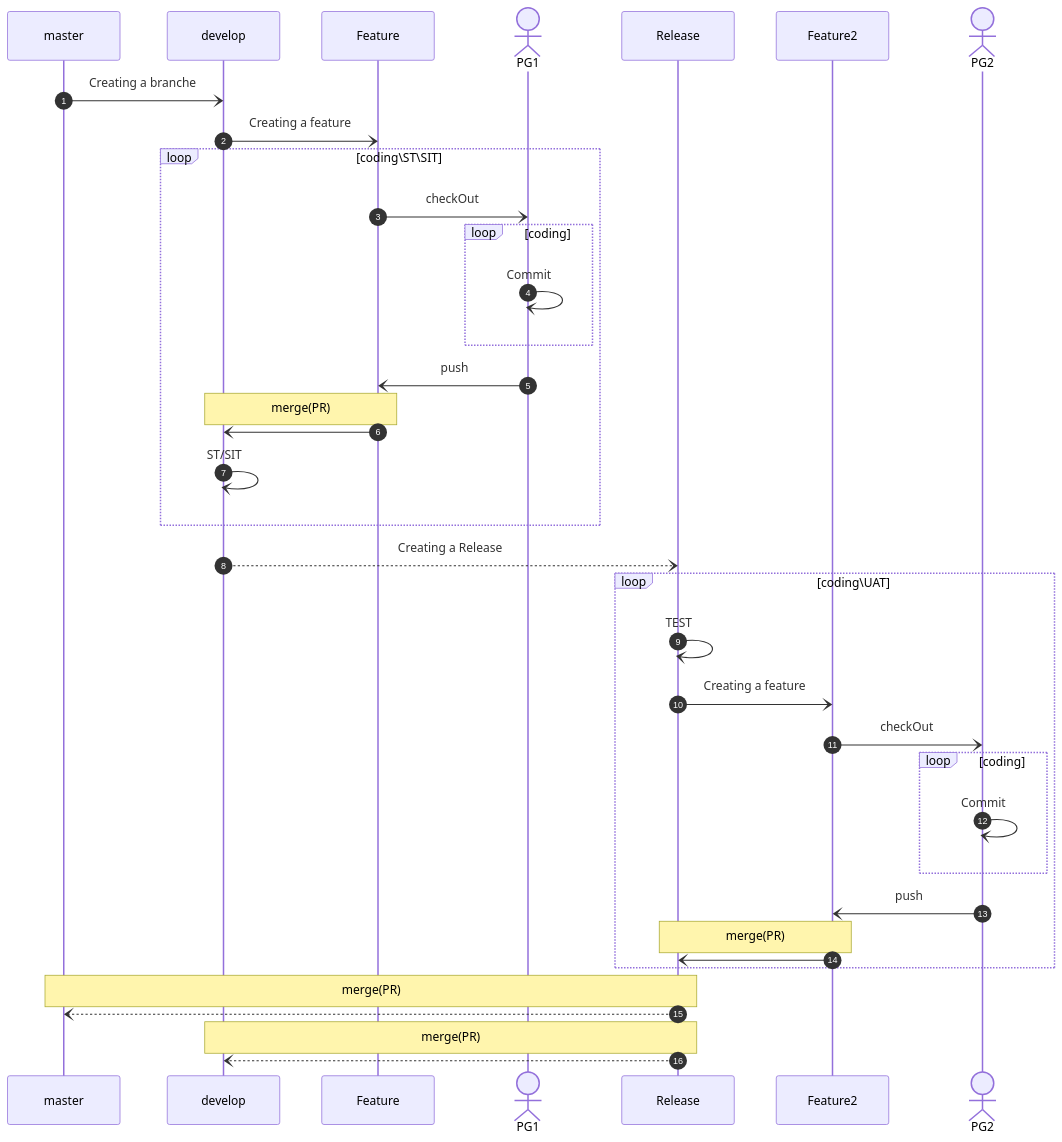
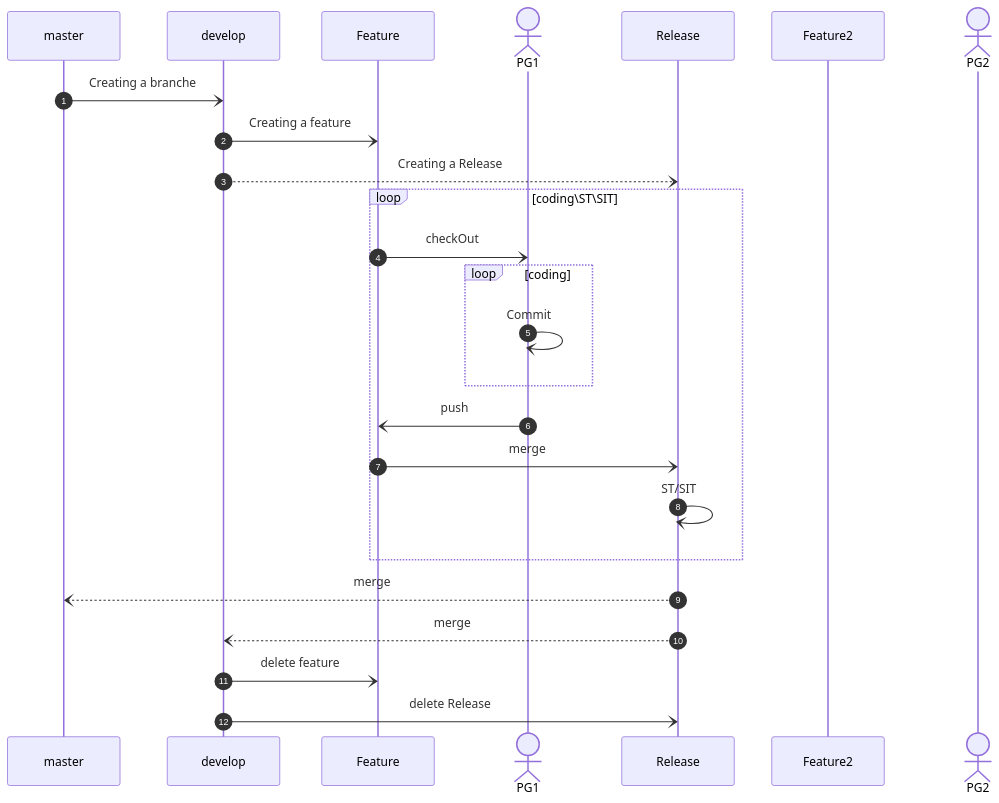
The diagram in branching-strategy/A_successful_Git_branching_model1.md (robbin0919/GITLAB), drawn with Mermaid before and after one commit. The commit also changed 1 other file, not shown here.

Commit message:
增加delete Release與  delete feature時機。

````diff
--- a/branching-strategy/A_successful_Git_branching_model1.md
+++ b/branching-strategy/A_successful_Git_branching_model1.md
@@ -4,44 +4,31 @@
 ```mermaid
 
  sequenceDiagram
     autonumber
     participant  master
     participant  develop
     participant  Feature
     actor PG1
     participant  Release
     participant  Feature2
     actor PG2
 
     master -) develop:Creating a branche
 
     develop -)Feature: Creating a feature  
+    develop--)Release: Creating a Release
     loop coding\ST\SIT
     Feature -)PG1: checkOut
     loop coding
     PG1 -)PG1: Commit
     end
     PG1 -) Feature:push 
-    Note over develop,Feature:merge(PR)     
-    Feature -)develop:  
+    Feature -)Release: merge
 
-    develop-)develop: ST/SIT  
+    Release-)Release: ST/SIT  
     end     
-    develop--)Release: Creating a Release
-   loop coding\UAT 
-    Release -)Release: TEST
-    Release -)Feature2: Creating a feature  
-    Feature2 -)PG2: checkOut
-    loop coding
-    PG2 -)PG2: Commit
-    end
-    PG2 -) Feature2:push 
-    Note over Release,Feature2:merge(PR) 
-    Feature2 -) Release: 
-    end
-    Note over Release,master:merge(PR) 
-    Release --)master: 
-    Note over Release,develop:merge(PR) 
-    Release --)develop : 
-
+    Release --)master: merge 
+    Release --)develop : merge 
+    develop -)Feature: delete feature  
+    develop -)Release: delete Release  
 ```
````
